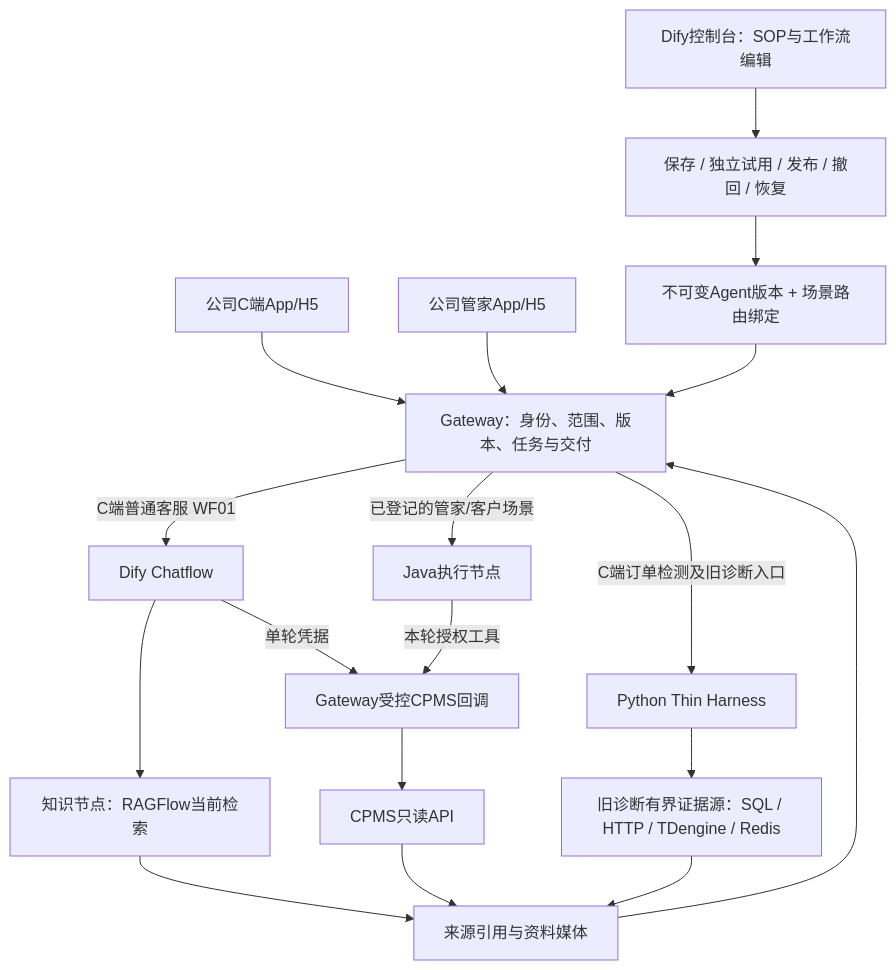
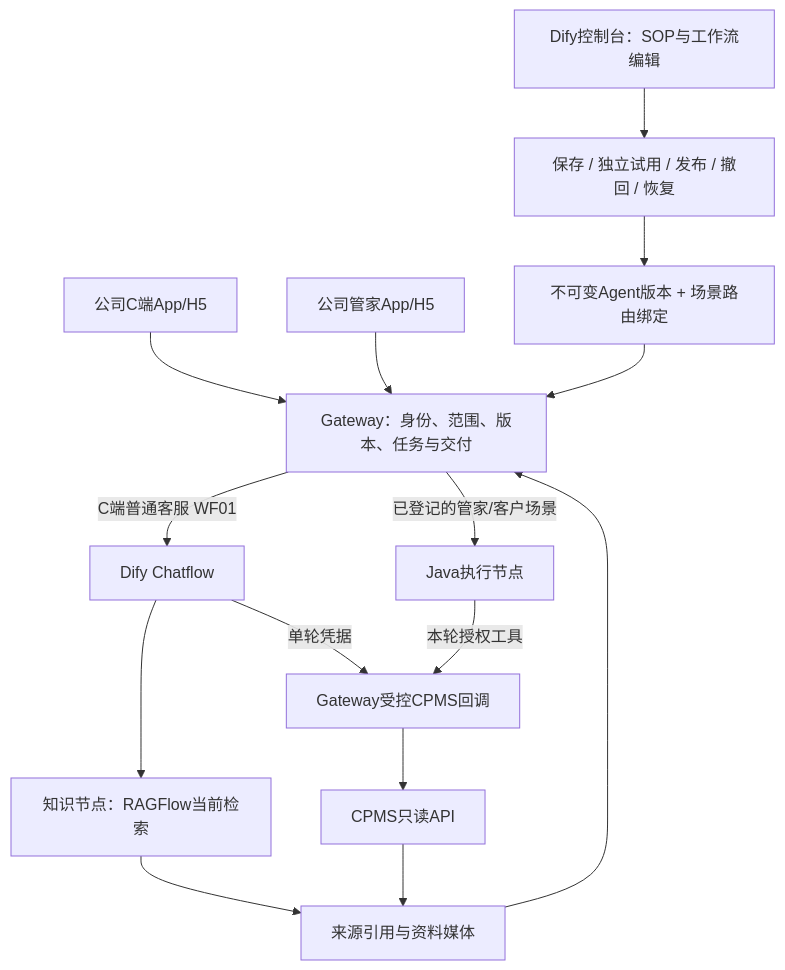
Before and after one commit to kilbertert/AI-Ops: the diagram in docs/system-architecture.md, drawn with Mermaid. The commit also changed other lines of this file and 229 other files, not shown here.

First line of the commit message:
refactor(runtime)!: retire Python harness and diagnostic clients

````diff
--- a/docs/system-architecture.md
+++ b/docs/system-architecture.md
@@ -8,20 +8,17 @@
 ```mermaid
 flowchart TD
   C[公司C端App/H5] --> G[Gateway：身份、范围、版本、任务与交付]
   B[公司管家App/H5] --> G
   E[Dify控制台：SOP与工作流编辑] --> P[保存 / 独立试用 / 发布 / 撤回 / 恢复]
   P --> V[不可变Agent版本 + 场景路由绑定]
   V --> G
   G -->|C端普通客服 WF01| D[Dify Chatflow]
   G -->|已登记的管家/客户场景| N[Java执行节点]
-  G -->|C端订单检测及旧诊断入口| L[Python Thin Harness]
   D --> K[知识节点：RAGFlow当前检索]
   D -->|单轮凭据| Q[Gateway受控CPMS回调]
   N -->|本轮授权工具| Q
   Q --> API[CPMS只读API]
-  L --> S[旧诊断有界证据源：SQL / HTTP / TDengine / Redis]
   K --> R[来源引用与资料媒体]
   API --> R
-  S --> R
   R --> G
 ```
````
